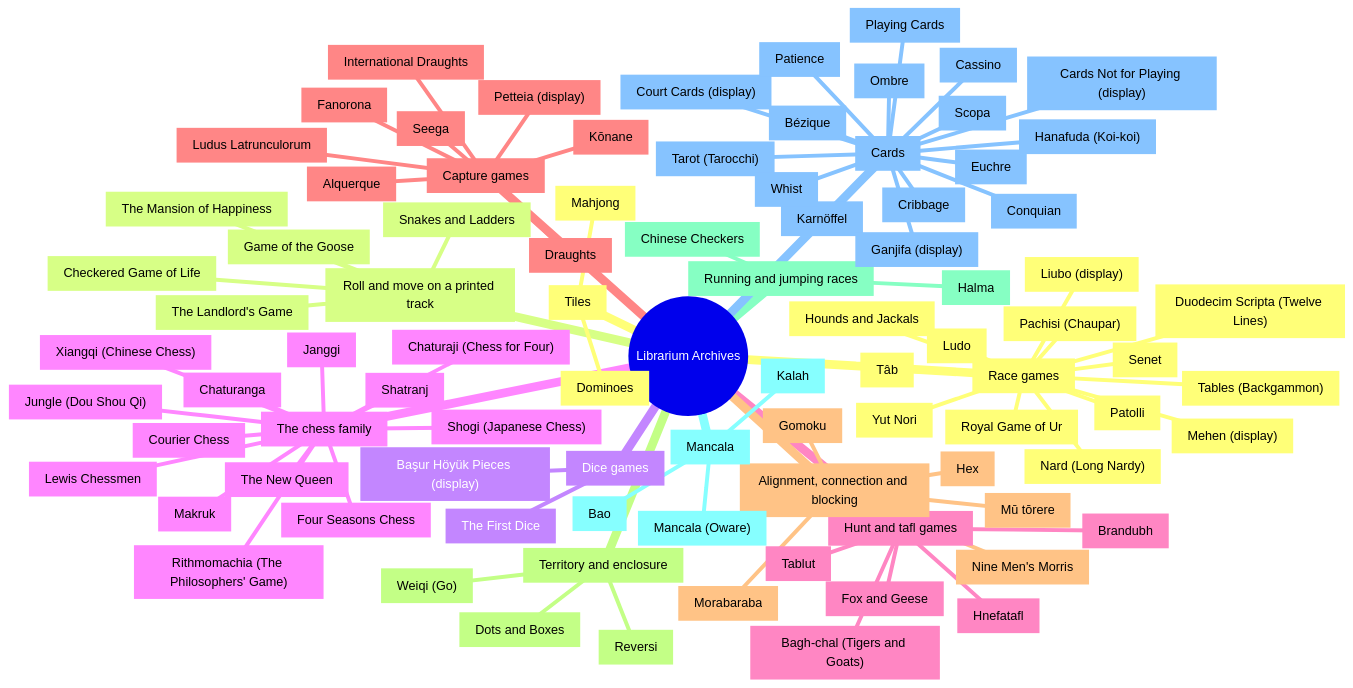
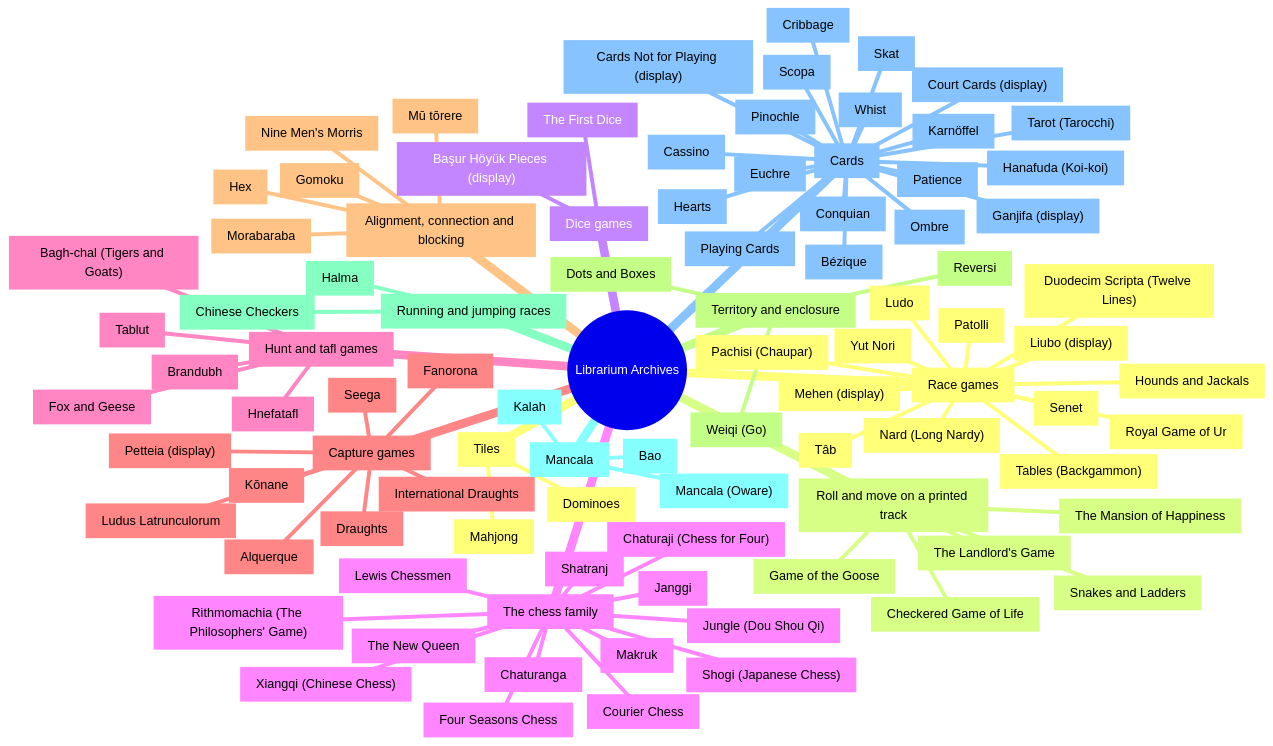
One commit to CptNope/Librarium-Archives changed the first of 9 diagrams in docs/games/README.md. Above: the diagram before and after it, drawn with Mermaid. The commit also changed other lines of this file and 40 other files, not shown here.

First line of the commit message:
0.36.0: the card room, part four: Skat, Pinochle and Hearts

```diff
--- a/docs/games/README.md
+++ b/docs/games/README.md
@@ -92,9 +92,12 @@
       whist["Whist"]
       patience["Patience"]
       cassino["Cassino"]
+      skat["Skat"]
       bezique["Bézique"]
       euchre["Euchre"]
       conquian["Conquian"]
+      pinochle["Pinochle"]
+      hearts["Hearts"]
       koikoi["Hanafuda (Koi-koi)"]
       ganjifa["Ganjifa (display)"]
     f11["Tiles"]
```
